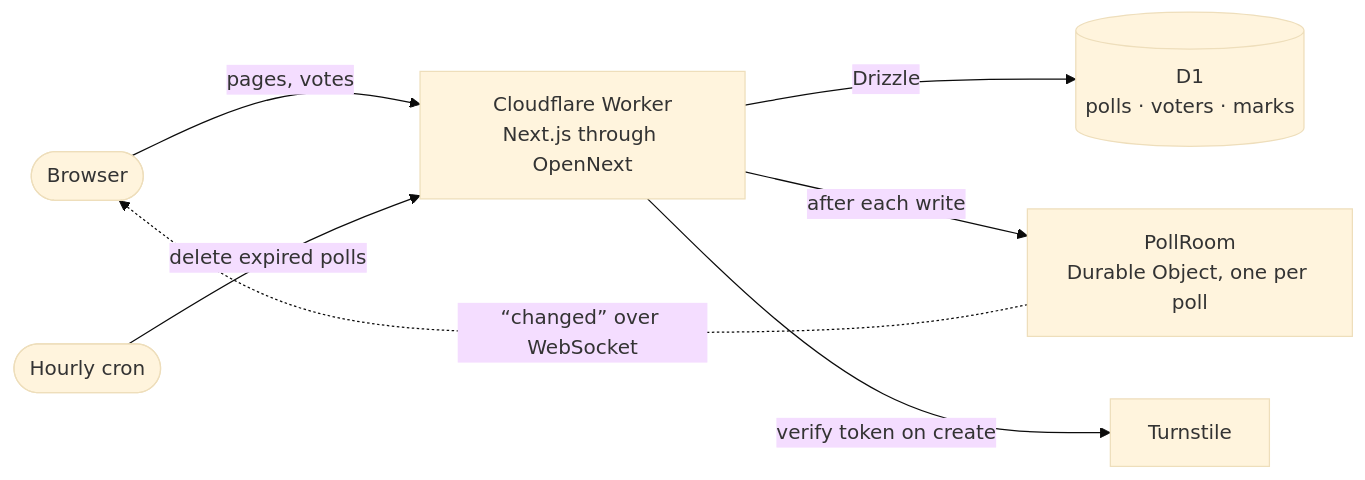
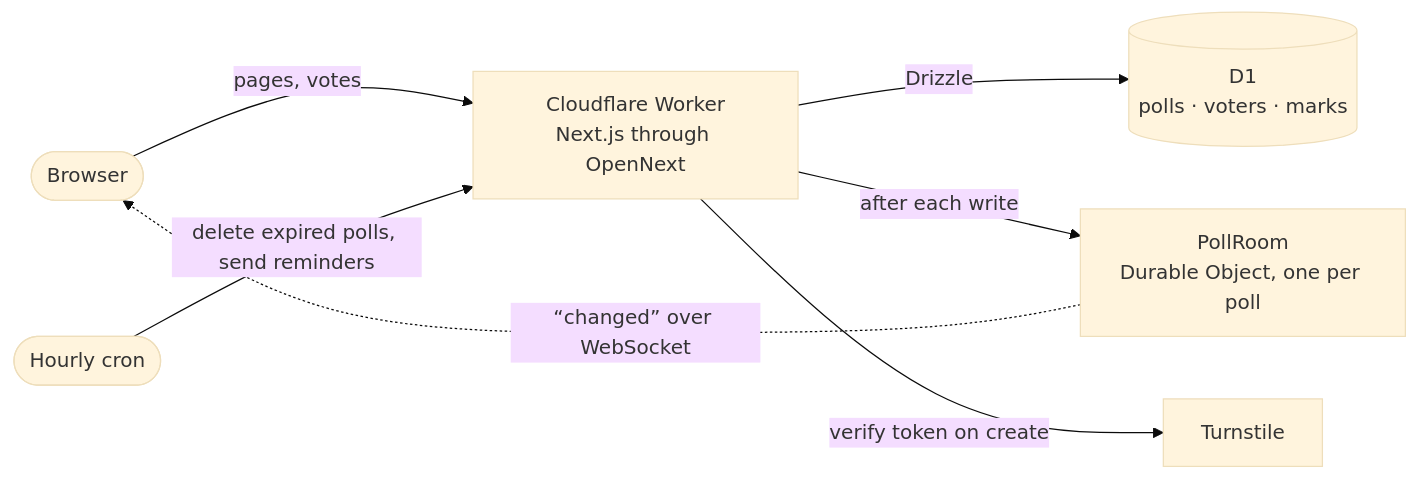
The diagram in README.md (mxrtcendik/overlap), drawn with Mermaid (base theme) before and after one commit. The commit also changed other lines of this file and 17 other files, not shown here.

````diff
--- a/README.md
+++ b/README.md
@@ -48,16 +48,16 @@
 ```mermaid
 flowchart LR
   browser([Browser])
   worker["Cloudflare Worker<br/>Next.js through OpenNext"]
   d1[("D1<br/>polls · voters · marks")]
   room["PollRoom<br/>Durable Object, one per poll"]
   turnstile["Turnstile"]
   cron(["Hourly cron"])
 
   browser -- "pages, votes" --> worker
   worker -- "Drizzle" --> d1
   worker -- "after each write" --> room
   room -. "“changed” over WebSocket" .-> browser
   worker -- "verify token on create" --> turnstile
-  cron -- "delete expired polls" --> worker
+  cron -- "delete expired polls, send reminders" --> worker
 ```
````
